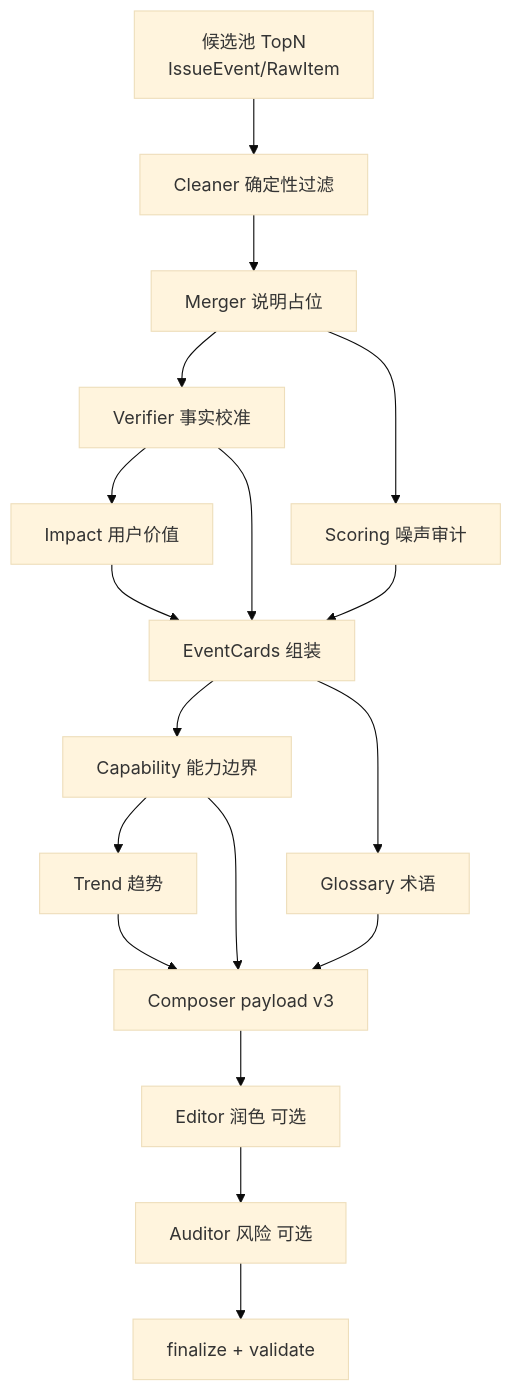
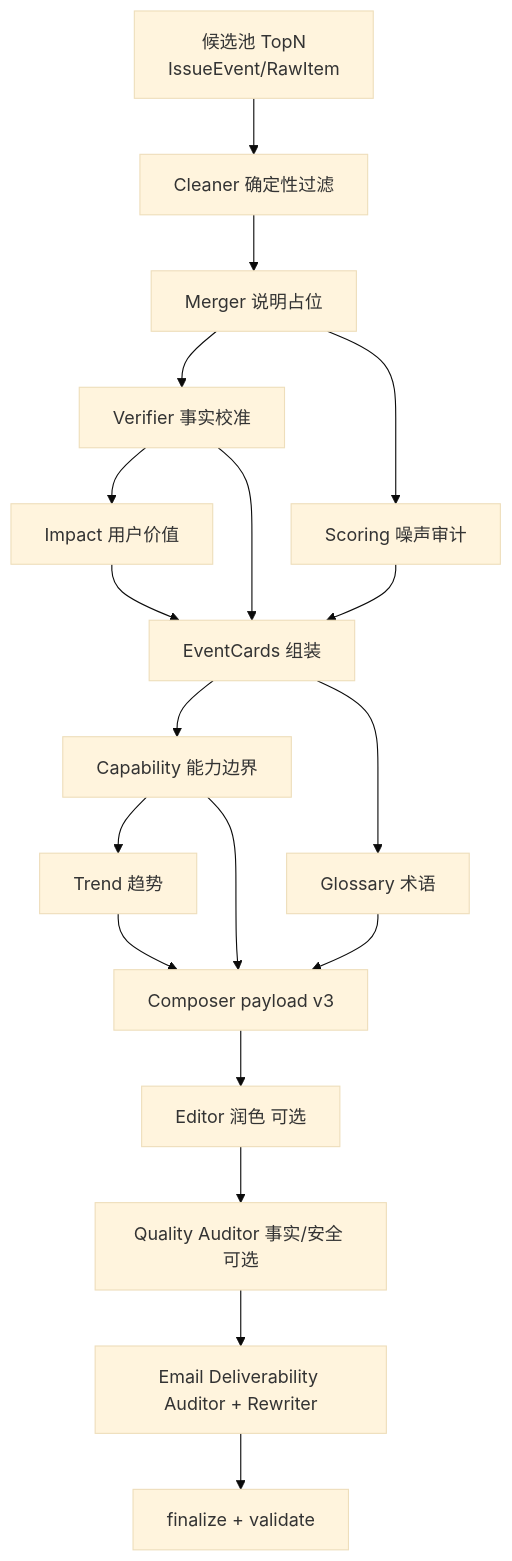
Before and after one commit to ljunnan24-hash/ai-pulse: the diagram in docs/MULTI_AGENT_V1.md, drawn with Mermaid (base theme). The commit also changed other lines of this file and 9 other files, not shown here.

First line of the commit message:
feat(multi-agent): Email Deliverability Auditor + Rewriter pipeline

````diff
--- a/docs/MULTI_AGENT_V1.md
+++ b/docs/MULTI_AGENT_V1.md
@@ -37,20 +37,21 @@
 ```mermaid
 flowchart TD
   I[候选池 TopN\nIssueEvent/RawItem] --> CL[Cleaner 确定性过滤]
   CL --> MG[Merger 说明占位]
   MG --> V[Verifier 事实校准]
   MG --> SC[Scoring 噪声审计]
   V --> IM[Impact 用户价值]
   V --> EC[EventCards 组装]
   IM --> EC
   SC --> EC
   EC --> CAP[Capability 能力边界]
   CAP --> TR[Trend 趋势]
   EC --> GL[Glossary 术语]
   TR --> CP[Composer payload v3]
   GL --> CP
   CAP --> CP
   CP --> ED[Editor 润色 可选]
-  ED --> AU[Auditor 风险 可选]
-  AU --> R[finalize + validate]
+  ED --> AU[Quality Auditor 事实/安全 可选]
+  AU --> DV[Email Deliverability Auditor + Rewriter]
+  DV --> R[finalize + validate]
 ```
````
